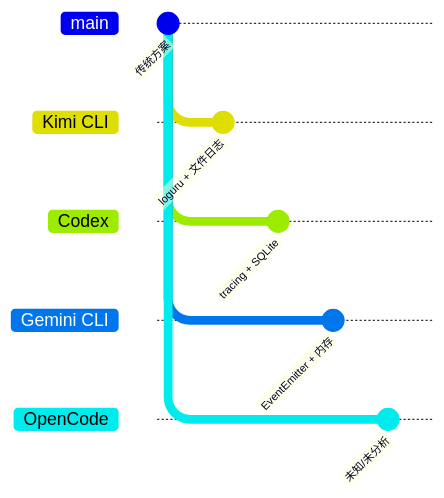
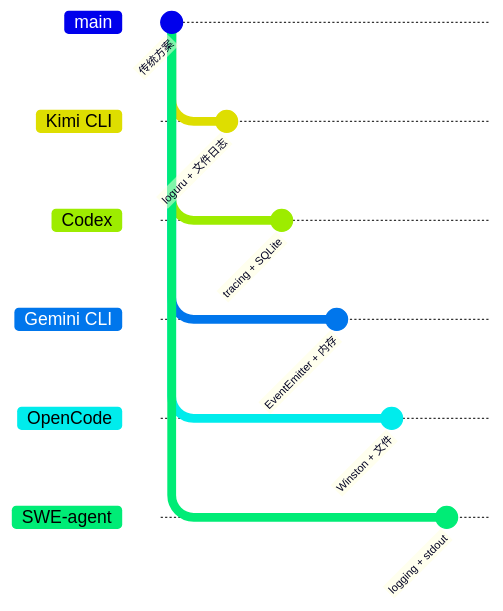
Diagram 12 of 12 in docs/kimi-cli/12-kimi-cli-logging.md (giraffe-tree/agent-base), drawn with Mermaid before and after one commit. The commit also changed other lines of this file and 155 other files, not shown here.

````diff
--- a/docs/kimi-cli/12-kimi-cli-logging.md
+++ b/docs/kimi-cli/12-kimi-cli-logging.md
@@ -617,19 +654,23 @@
 ```mermaid
 gitGraph
     commit id: "传统方案"
     branch "Kimi CLI"
     checkout "Kimi CLI"
     commit id: "loguru + 文件日志"
     checkout main
     branch "Codex"
     checkout "Codex"
     commit id: "tracing + SQLite"
     checkout main
     branch "Gemini CLI"
     checkout "Gemini CLI"
     commit id: "EventEmitter + 内存"
     checkout main
     branch "OpenCode"
     checkout "OpenCode"
-    commit id: "未知/未分析"
+    commit id: "Winston + 文件"
+    checkout main
+    branch "SWE-agent"
+    checkout "SWE-agent"
+    commit id: "logging + stdout"
 ```
````
